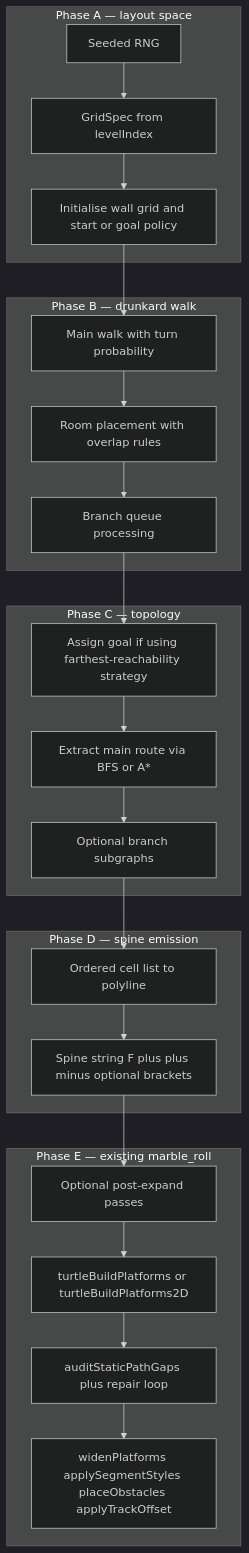
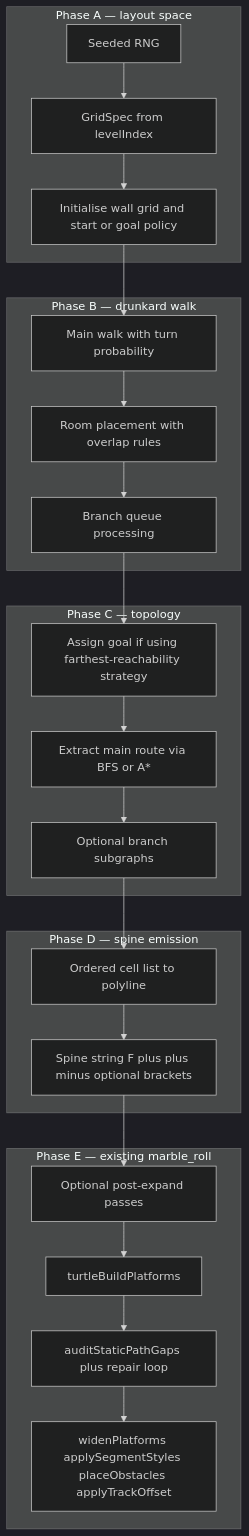
The diagram in gen/docs/PROCEDURAL_DRUNKARD_GRID_SPEC.md (smartorana-augeo/marble_roll), drawn with Mermaid (dark theme) before and after one commit. The commit also changed other lines of this file and 18 other files, not shown here.

````diff
--- a/gen/docs/PROCEDURAL_DRUNKARD_GRID_SPEC.md
+++ b/gen/docs/PROCEDURAL_DRUNKARD_GRID_SPEC.md
@@ -42,29 +42,29 @@
 ```mermaid
 flowchart TB
   subgraph phaseA [Phase A — layout space]
     P0[Seeded RNG]
     G0[GridSpec from levelIndex]
     G1[Initialise wall grid and start or goal policy]
   end
   subgraph phaseB [Phase B — drunkard walk]
     W1[Main walk with turn probability]
     W2[Room placement with overlap rules]
     W3[Branch queue processing]
   end
   subgraph phaseC [Phase C — topology]
     T1[Assign goal if using farthest-reachability strategy]
     T2[Extract main route via BFS or A*]
     T3[Optional branch subgraphs]
   end
   subgraph phaseD [Phase D — spine emission]
     E1[Ordered cell list to polyline]
     E2[Spine string F plus plus minus optional brackets]
   end
   subgraph phaseE [Phase E — existing marble_roll]
     X0[Optional post-expand passes]
-    X1[turtleBuildPlatforms or turtleBuildPlatforms2D]
+    X1[turtleBuildPlatforms]
     X2[auditStaticPathGaps plus repair loop]
     X3[widenPlatforms applySegmentStyles placeObstacles applyTrackOffset]
   end
   P0 --> G0 --> G1 --> W1 --> W2 --> W3 --> T1 --> T2 --> T3 --> E1 --> E2 --> X0 --> X1 --> X2 --> X3
 ```
````
